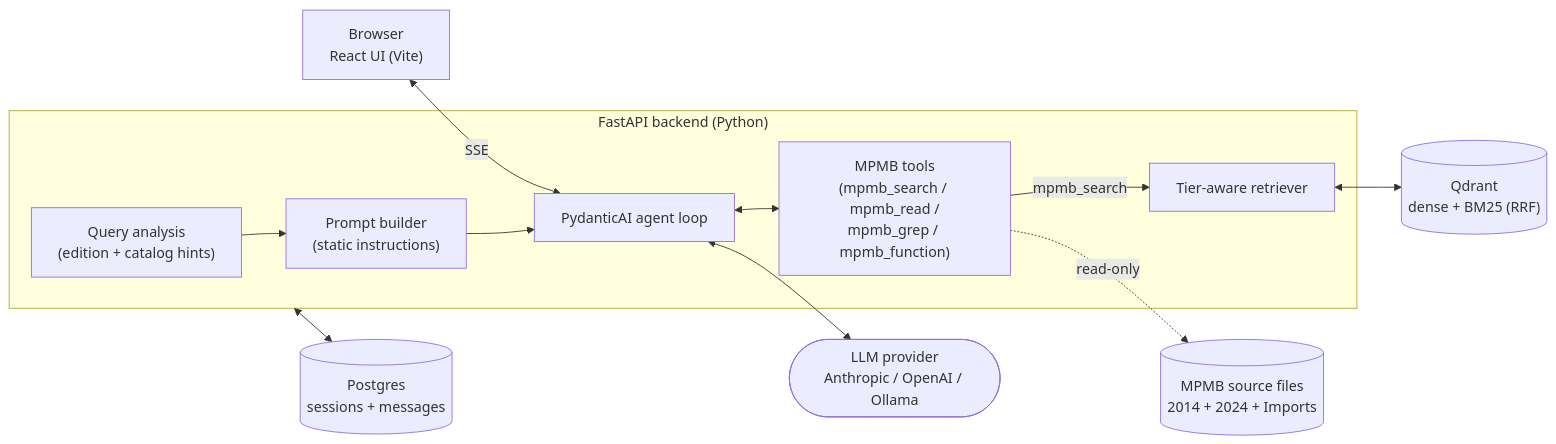
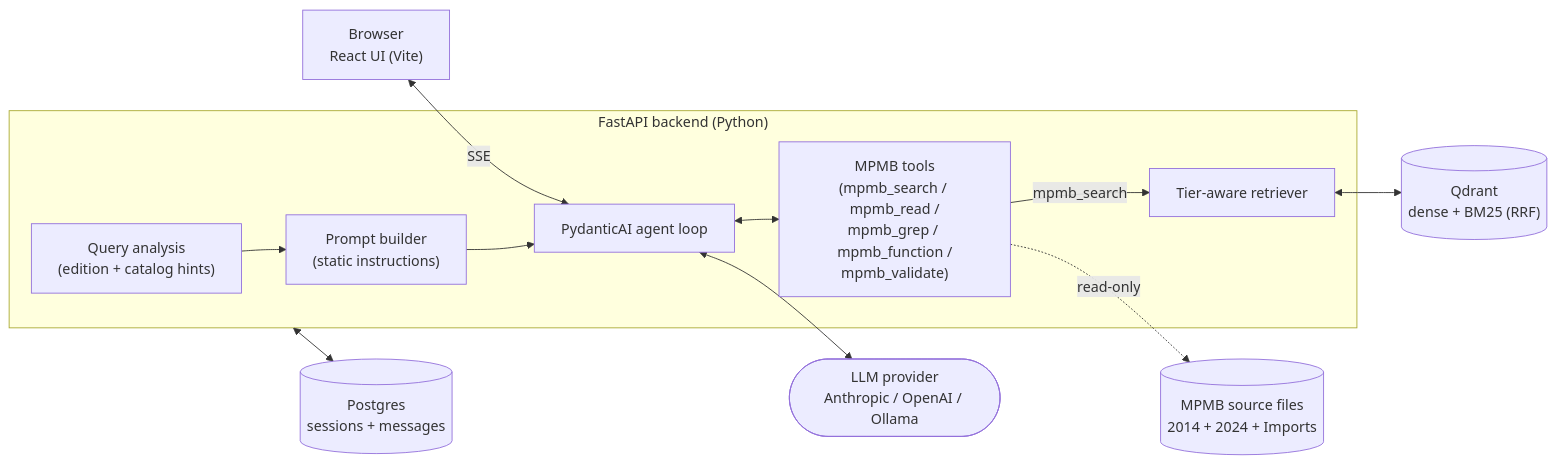
Before and after one commit to track507/MPMB-Copilot: the diagram in README.md, drawn with Mermaid. The commit also changed other lines of this file, not shown here.

````diff
--- a/README.md
+++ b/README.md
@@ -104,27 +111,27 @@
 ```mermaid
 flowchart LR
     Browser["Browser<br/>React UI (Vite)"]
 
     subgraph Backend["FastAPI backend (Python)"]
         QA["Query analysis<br/>(edition + catalog hints)"]
         Prompt["Prompt builder<br/>(static instructions)"]
         Agent["PydanticAI agent loop"]
-        Tools["MPMB tools<br/>(mpmb_search / mpmb_read /<br/>mpmb_grep / mpmb_function)"]
+        Tools["MPMB tools<br/>(mpmb_search / mpmb_read /<br/>mpmb_grep / mpmb_function /<br/>mpmb_validate)"]
         Retriever["Tier-aware retriever"]
     end
 
     Qdrant[("Qdrant<br/>dense + BM25 (RRF)")]
     Postgres[("Postgres<br/>sessions + messages")]
     LLM(["LLM provider<br/>Anthropic / OpenAI / Ollama"])
     Sources[("MPMB source files<br/>2014 + 2024 + Imports")]
 
     Browser <-- SSE --> Agent
     QA --> Prompt
     Prompt --> Agent
     Agent <--> LLM
     Agent <--> Tools
     Tools -- mpmb_search --> Retriever
     Retriever <--> Qdrant
     Tools -. read-only .-> Sources
     Backend <--> Postgres
 ```
````
